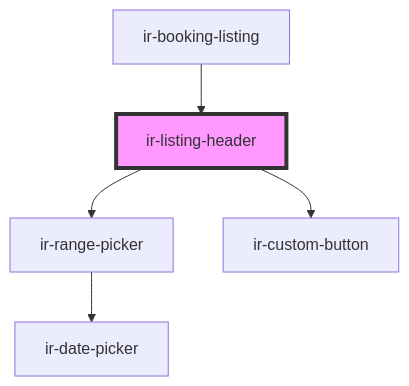
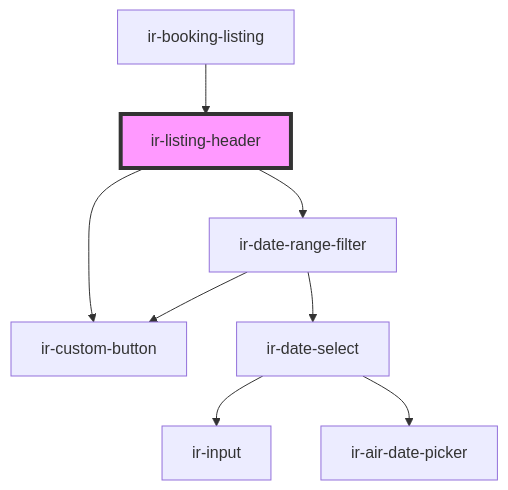
Before and after one commit to RonyRizk/ir-webcmp: the diagram in src/components/ir-booking-listing/ir-listing-header/readme.md, drawn with Mermaid. The commit also changed other lines of this file and 508 other files, not shown here.

````diff
--- a/src/components/ir-booking-listing/ir-listing-header/readme.md
+++ b/src/components/ir-booking-listing/ir-listing-header/readme.md
@@ -34,8 +34,11 @@
 ```mermaid
 graph TD;
-  ir-listing-header --> ir-range-picker
+  ir-listing-header --> ir-date-range-filter
   ir-listing-header --> ir-custom-button
-  ir-range-picker --> ir-date-picker
+  ir-date-range-filter --> ir-date-select
+  ir-date-range-filter --> ir-custom-button
+  ir-date-select --> ir-input
+  ir-date-select --> ir-air-date-picker
   ir-booking-listing --> ir-listing-header
   style ir-listing-header fill:#f9f,stroke:#333,stroke-width:4px
 ```
````
